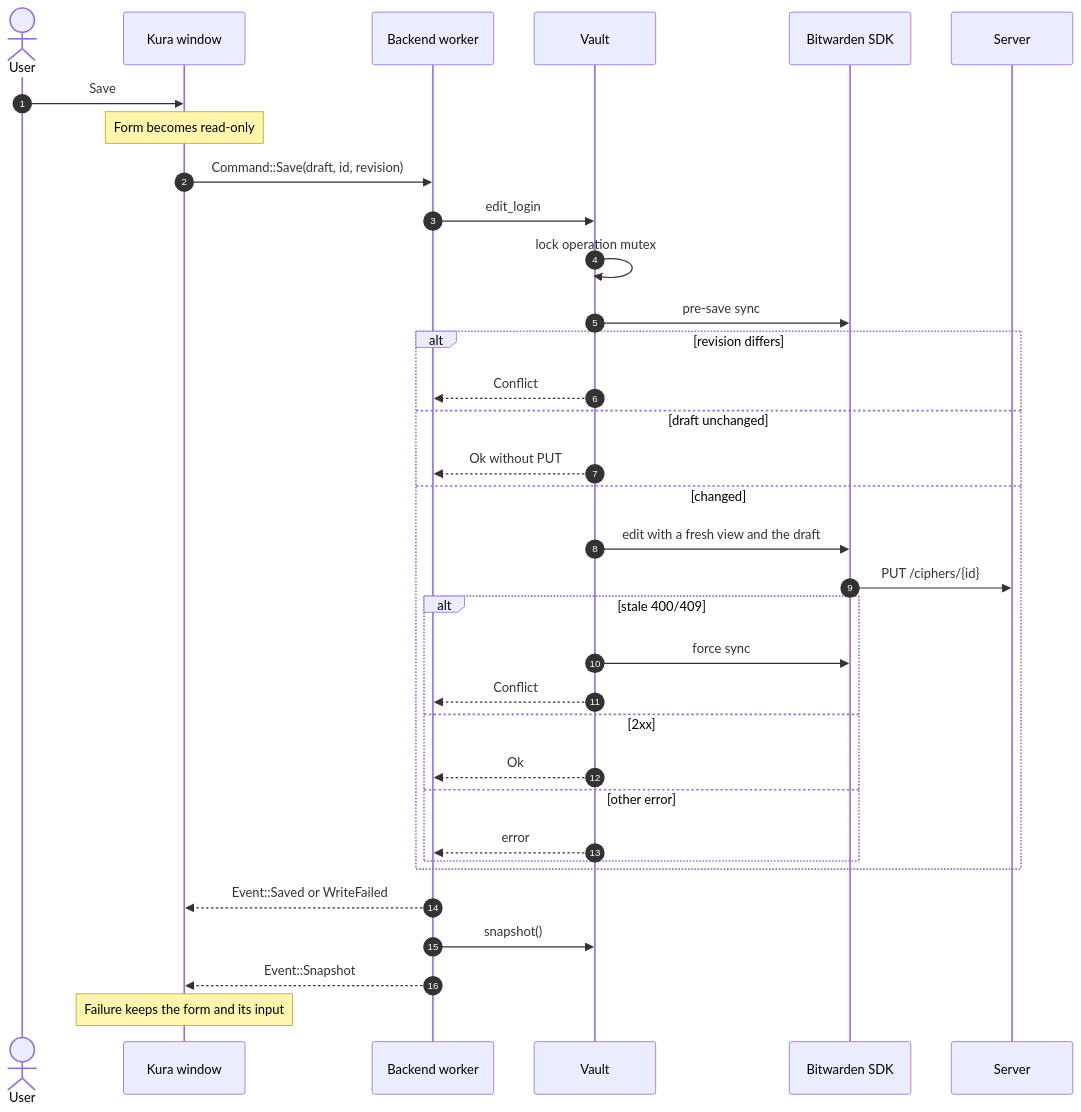
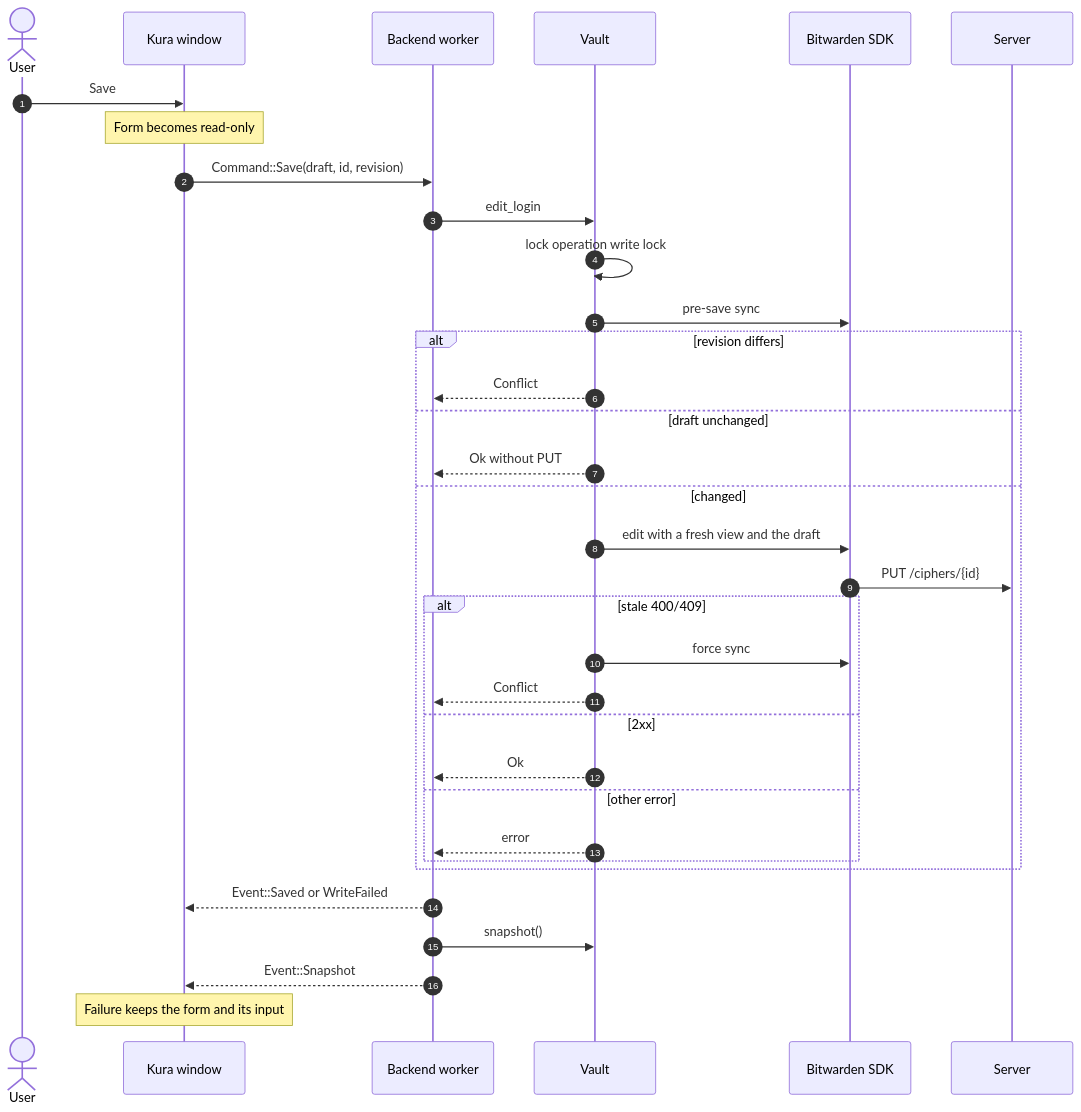
Before and after one commit to hu-ja-ja/kura: the first of 3 diagrams in ARCHITECTURE.md, drawn with Mermaid. The commit also changed other lines of this file and 2 other files, not shown here.

````diff
--- a/ARCHITECTURE.md
+++ b/ARCHITECTURE.md
@@ -239,37 +240,37 @@
 ```mermaid
 sequenceDiagram
   autonumber
   actor User
   participant UI as Kura window
   participant W as Backend worker
   participant V as Vault
   participant SDK as Bitwarden SDK
   participant S as Server
 
   User->>UI: Save
   Note over UI: Form becomes read-only
   UI->>W: Command::Save(draft, id, revision)
   W->>V: edit_login
-  V->>V: lock operation mutex
+  V->>V: lock operation write lock
   V->>SDK: pre-save sync
   alt revision differs
     V-->>W: Conflict
   else draft unchanged
     V-->>W: Ok without PUT
   else changed
     V->>SDK: edit with a fresh view and the draft
     SDK->>S: PUT /ciphers/{id}
     alt stale 400/409
       V->>SDK: force sync
       V-->>W: Conflict
     else 2xx
       V-->>W: Ok
     else other error
       V-->>W: error
     end
   end
   W-->>UI: Event::Saved or WriteFailed
   W->>V: snapshot()
   W-->>UI: Event::Snapshot
   Note over UI: Failure keeps the form and its input
 ```
````
